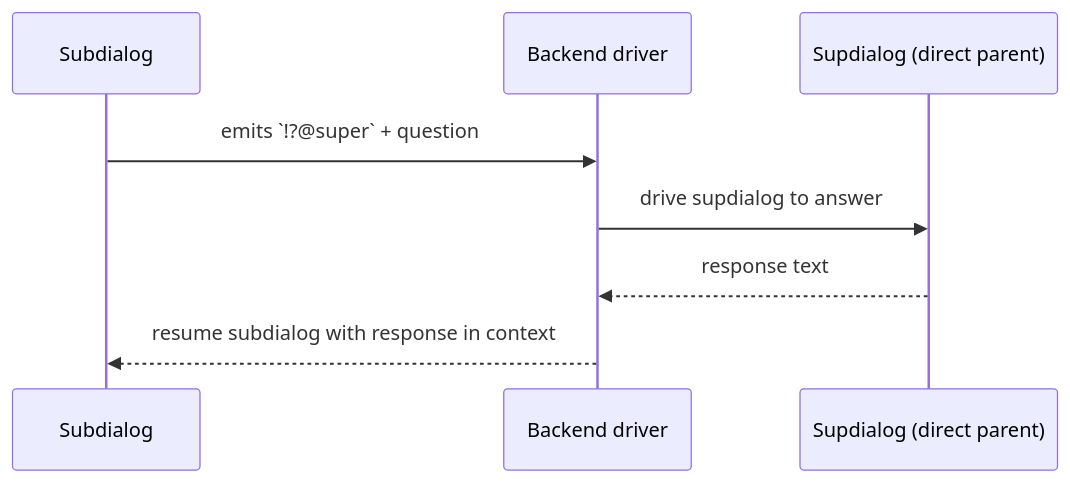
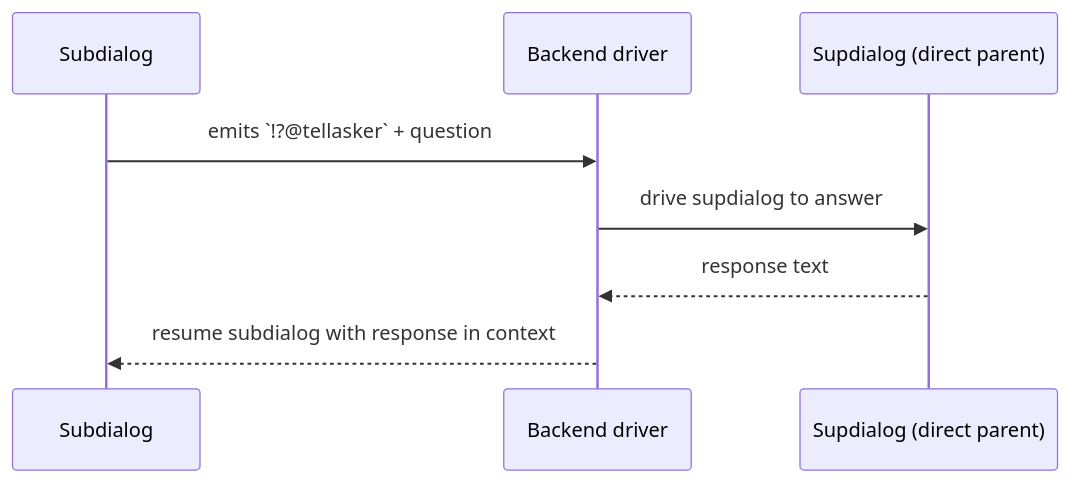
Before and after one commit to longrun-ai/dominds: diagram 11 of 18 in docs/dialog-system.md, drawn with Mermaid. The commit also changed other lines of this file and 13 other files, not shown here.

````diff
--- a/docs/dialog-system.md
+++ b/docs/dialog-system.md
@@ -1088,11 +1088,11 @@
 ```mermaid
 sequenceDiagram
   participant Sub as Subdialog
   participant Driver as Backend driver
   participant Sup as Supdialog (direct parent)
 
-  Sub->>Driver: emits `!?@super` + question
+  Sub->>Driver: emits `!?@tellasker` + question
   Driver->>Sup: drive supdialog to answer
   Sup-->>Driver: response text
   Driver-->>Sub: resume subdialog with response in context
 ```
````
